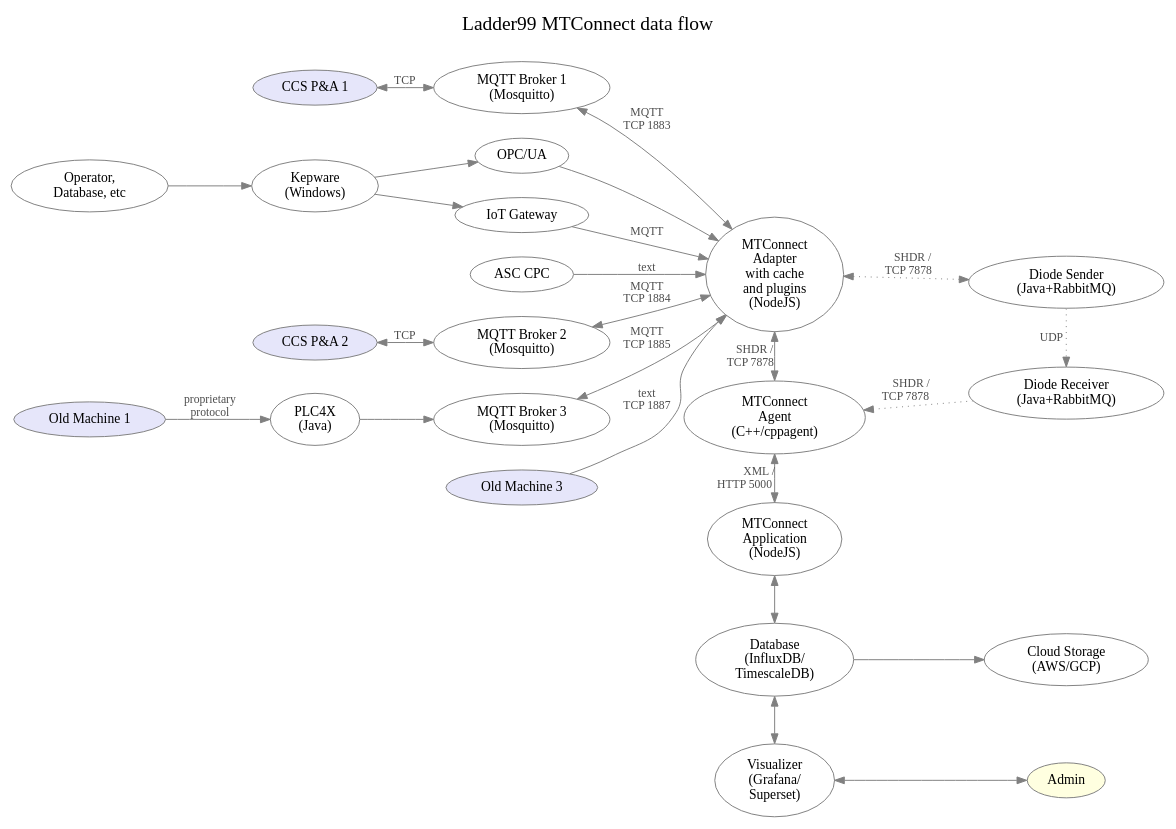
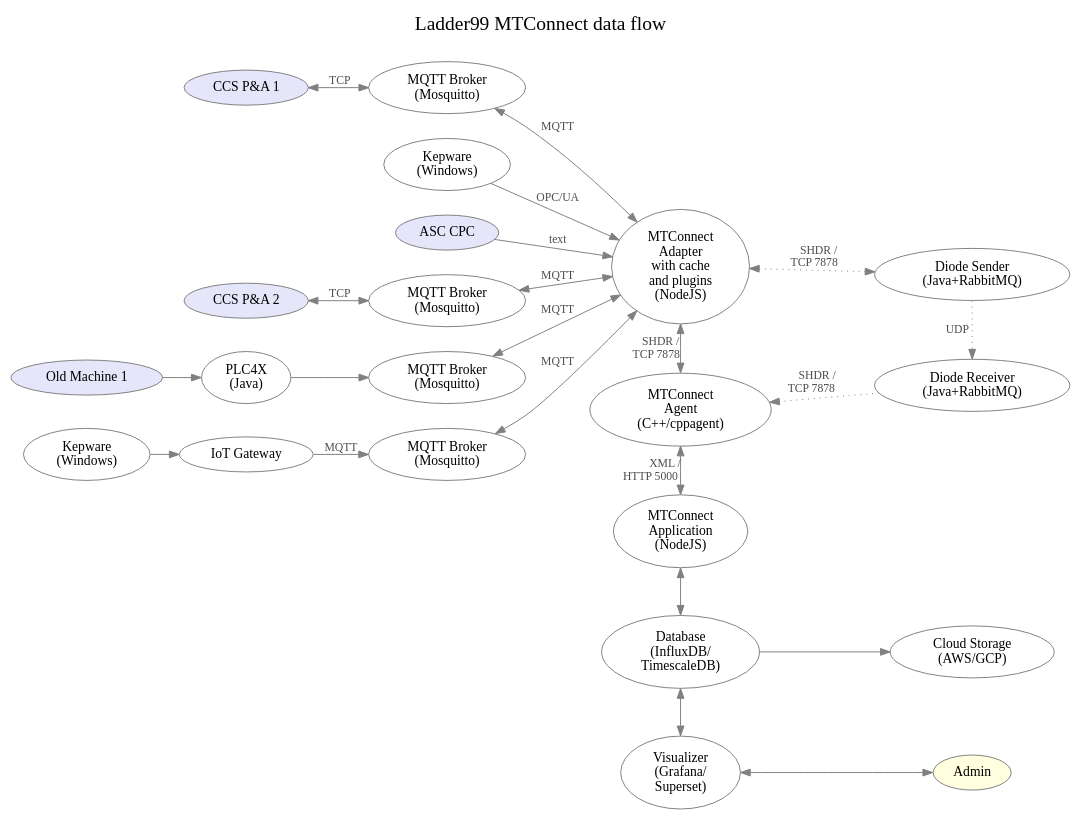
One commit to Ladder99/ladder99 changed the diagram in design/architecture.dot. Above: the diagram before and after it, drawn with Graphviz. The commit also changed 1 other file, not shown here.

```diff
--- a/design/architecture.dot
+++ b/design/architecture.dot
@@ -1,101 +1,72 @@
 digraph "ladder99-adapter" {
 
   // styles
   graph [ label="Ladder99 MTConnect data flow\n "; color=lightgray; ];
   graph [ fontsize=20 ];
   graph [ labelloc=t ];
   graph [ ranksep=0.2 ];
   graph [ nodesep=0.35 ];
   graph [ rankdir=LR; ] // left-to-right
   node [ color=gray; fillcolor=white; style=filled ];
   edge [ color=gray ];
   edge [ fontsize=12; fontcolor=gray30; ];
 
   // nodes
   PA1 [ fillcolor=lavender; label="CCS P&A 1" ];
   PA2 [ fillcolor=lavender; label="CCS P&A 2" ];
+  Kepware1 [ label="Kepware\n(Windows)"];
+  Kepware2 [ label="Kepware\n(Windows)"];
+  CPC [ label="ASC CPC", fillcolor=lavender ];
+  Gateway [ label="IoT Gateway"];
+  Broker1 [ label="MQTT Broker\n(Mosquitto)" ];
+  Broker2 [ label="MQTT Broker\n(Mosquitto)" ];
+  Broker3 [ label="MQTT Broker\n(Mosquitto)" ];
+  Broker4 [ label="MQTT Broker\n(Mosquitto)" ];
   OldMachine1 [ fillcolor=lavender; label="Old Machine 1" ];
   PLC4X [ label="PLC4X\n(Java)" ];
-  // OldMachine2 [ fillcolor=lavender; label="Old Machine 2" ];
-  Various [ label="Operator,\nDatabase, etc"];
-  Kepware [ label="Kepware\n(Windows)"];
-  OPC [ label="OPC/UA" ];
-  CPC [ label="ASC CPC" ];
-  Gateway [ label="IoT Gateway"];
-  Broker1 [ label="MQTT Broker 1\n(Mosquitto)" ];
-  Broker2 [ label="MQTT Broker 2\n(Mosquitto)" ];
-  Broker3 [ label="MQTT Broker 3\n(Mosquitto)" ];
-  // Broker4 [ label="MQTT Broker 4\n(Mosquitto)" ];
-  OldMachine3 [ fillcolor=lavender; label="Old Machine 3" ];
+
   Adapter [ label="MTConnect\nAdapter\nwith cache\nand plugins\n(NodeJS)" ];
-  // Device1Sheet [ fillcolor=greenyellow; label="device1.sheet" ];
-  // Device1Yaml [ fillcolor=greenyellow; label="device1.yaml" ];
-  // Device1Js [ label="device1.js" ];
-  // Device2Sheet [ fillcolor=greenyellow; label="device2.sheet" ];
-  // Device2Yaml [ fillcolor=greenyellow; label="device2.yaml" ];
-  // Device2Js [ label="device2.js" ];
   DiodeSender [ label="Diode Sender\n(Java+RabbitMQ)" ];
   DiodeReceiver [ label="Diode Receiver\n(Java+RabbitMQ)" ];
-  // DevicesXml [ label="devices.xml" ];
+
   Agent [ label="MTConnect\nAgent\n(C++/cppagent)" ];
   Application [ label="MTConnect\nApplication\n(NodeJS)" ];
   Database [ label="Database\n(InfluxDB/\nTimescaleDB)" ];
   Visualizer [ label="Visualizer\n(Grafana/\nSuperset)" ];
   Cloud [ label="Cloud Storage\n(AWS/GCP)" ];
   Admin [ fillcolor=lightyellow ];
   // LOI [ label="LOI\n(SvelteJS)" ];
   // Operator [ fillcolor=lightyellow ];
 
   // edges
   PA1 -> Broker1 [ label="  TCP  ", dir=both ];
-  // PA1 -> Kepware [ label="", dir=both ];
   PA2 -> Broker2 [ label="  TCP  ", dir=both ];
-  OldMachine1 -> PLC4X [ label="proprietary\nprotocol" ];
+  Broker1 -> Adapter [ label="MQTT", dir=both ];
+  Broker2 -> Adapter [ label="MQTT", dir=both ];
+  Broker3 -> Adapter [ label="MQTT", dir=both ];
+  Broker4 -> Adapter [ label="MQTT", dir=both ];
+  OldMachine1 -> PLC4X; // [ label="proprietary\nprotocol" ];
   PLC4X -> Broker3 [ label="" ];
-  // OldMachine2 -> Kepware [ label="proprietary\nprotocol" ];
-  // Kepware -> Broker4 [ label="TCP" ];
-  // Kepware -> Adapter [ label="text\nTCP" ];
-  Various -> Kepware;
-  Kepware -> OPC;
-  // Kepware -> CPC;
-  Kepware -> Gateway;
-  OPC -> Adapter;
+  Kepware1 -> Adapter [ label="OPC/UA" ];
+  Kepware2 -> Gateway;
   CPC -> Adapter [ label="text" ];
-  Gateway -> Adapter [ label="MQTT" ];
-  OldMachine3 -> Adapter [ label="text\nTCP 1887" ];
-  Broker1 -> Adapter [ label="MQTT\nTCP 1883", dir=both ];
-  Broker2 -> Adapter [ label="MQTT\nTCP 1884", dir=both ];
-  Broker3 -> Adapter [ label="MQTT\nTCP 1885", dir=both ];
-  // Broker4 -> Adapter [ label="MQTT\nTCP 1886", dir=both ];
+  Gateway -> Broker4 [ label="MQTT" ];
   
   Adapter -> Agent [ label="SHDR /   \nTCP 7878      ", dir=both ];
 
   Adapter -> DiodeSender [ label="SHDR /   \nTCP 7878      ", dir=both, style=dotted ];
   DiodeSender -> DiodeReceiver [ label="UDP    ", style=dotted ];
   DiodeReceiver -> Agent [ label="SHDR /    \nTCP 7878        ", style=dotted ];
   
-  // Device1Sheet -> Device1Yaml [ label="feeds into" ];
-  // Device1Yaml -> Device1Js [ label="generates" ];
-  // Device1Js -> Proxy1 [ label="used by" ];
-  // Device2Sheet -> Device2Yaml [ label="feeds into" ];
-  // Device2Yaml -> Device2Js [ label="generates" ];
-  // Device2Js -> Proxy2 [ label="used by" ];
-  // Device1Yaml -> DevicesXml [ label="generates" ];
-  // Device2Yaml -> DevicesXml [ label="generates" ];
-  // DiodeSender -> DiodeReceiver [ label="UDP    " ];
-  // DiodeReceiver -> Agent [ label="SHDR /    \nTCP 7878        " ];
-  // Adapter -> Agent [ label="SHDR/\nTCP 7878" ];
-  // DevicesXml -> Agent [ label="used by" ];
   Agent -> Application [ dir=both; label="XML / \nHTTP 5000          " ];
   Application -> Database [ dir=both ];
   Database -> Visualizer [ dir=both ];
   Database -> Cloud;
   Visualizer -> Admin [ dir=both ];
   // Application -> LOI;
   // LOI -> Operator;
 
   // rank
-  // { rank=same; DiodeSender DiodeReceiver Agent Application Database Visualizer };
   { rank=same; Adapter Agent Application Database Visualizer };
   { rank=same; DiodeSender DiodeReceiver Cloud Admin };
 }
```
